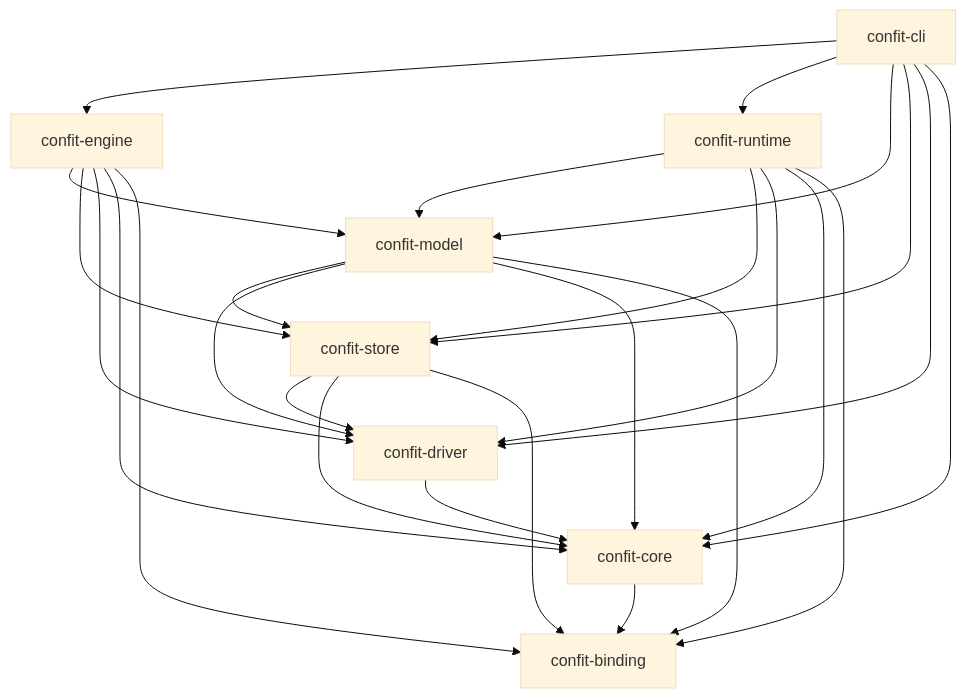
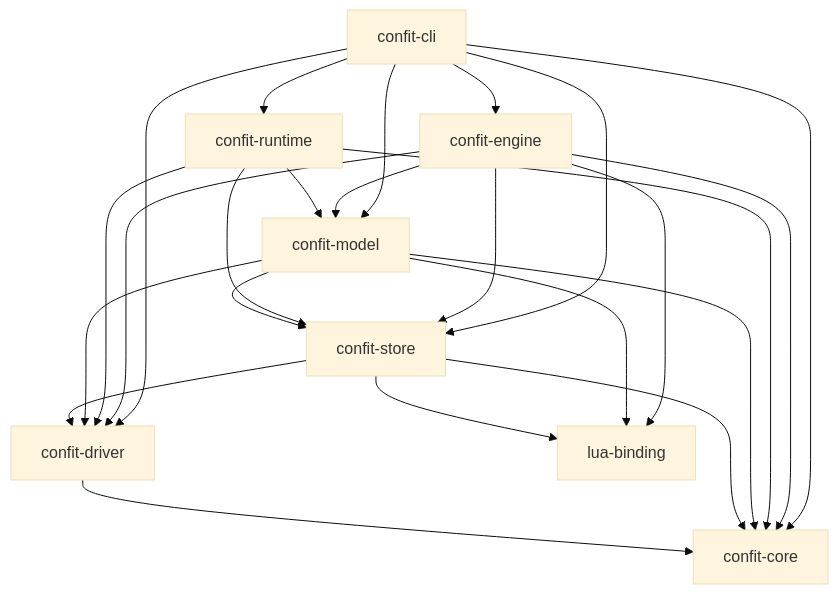
One commit to SolracHQ/confit changed the diagram in docs/architecture.md. Above: the diagram before and after it, drawn with Mermaid (base theme). The commit also changed other lines of this file and 113 other files, not shown here.

````diff
--- a/docs/architecture.md
+++ b/docs/architecture.md
@@ -128,28 +128,26 @@
 ```mermaid
 graph TD
     cli["confit-cli"] --> engine["confit-engine"]
     cli --> runtime["confit-runtime"]
     cli --> model["confit-model"]
     cli --> store["confit-store"]
     cli --> driver["confit-driver"]
     cli --> core["confit-core"]
     engine --> model
     engine --> store
     engine --> driver
     engine --> core
-    engine --> binding["confit-binding"]
+    engine --> binding["lua-binding"]
     runtime --> model
     runtime --> store
     runtime --> driver
     runtime --> core
-    runtime --> binding
     model --> store
     model --> driver
     model --> core
     model --> binding
     store --> driver
     store --> core
     store --> binding
     driver --> core
-    core --> binding
 ```
````
